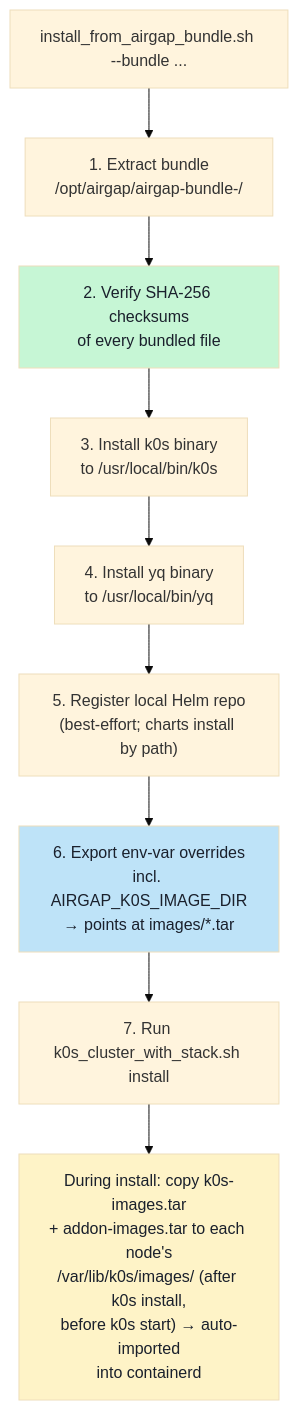
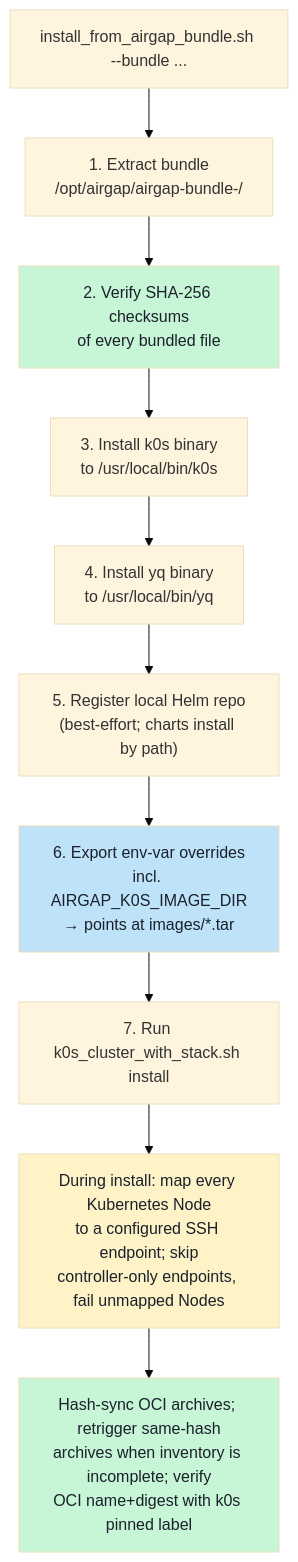
The eighth of 11 diagrams in tools/cluster_setup/DEPLOYMENT_GUIDE.md (splunk/splunk-ai-operator), drawn with Mermaid (base theme) before and after one commit. The commit also changed other lines of this file and 12 other files, not shown here.

````diff
--- a/tools/cluster_setup/DEPLOYMENT_GUIDE.md
+++ b/tools/cluster_setup/DEPLOYMENT_GUIDE.md
@@ -563,17 +592,19 @@
 ```mermaid
 flowchart TD
     A["install_from_airgap_bundle.sh --bundle ..."] --> B
 
     B["1. Extract bundle\n/opt/airgap/airgap-bundle-<date>/"]
     B --> C["2. Verify SHA-256 checksums\nof every bundled file"]
     C --> D["3. Install k0s binary\nto /usr/local/bin/k0s"]
     D --> E["4. Install yq binary\nto /usr/local/bin/yq"]
     E --> F["5. Register local Helm repo\n(best-effort; charts install by path)"]
     F --> G["6. Export env-var overrides\nincl. AIRGAP_K0S_IMAGE_DIR\n→ points at images/*.tar"]
     G --> H["7. Run k0s_cluster_with_stack.sh install"]
-    H --> I["During install: copy k0s-images.tar\n+ addon-images.tar to each node's\n/var/lib/k0s/images/ (after k0s install,\nbefore k0s start) → auto-imported\ninto containerd"]
+    H --> I["During install: map every Kubernetes Node\nto a configured SSH endpoint; skip\ncontroller-only endpoints, fail unmapped Nodes"]
+    I --> J["Hash-sync OCI archives; retrigger same-hash\narchives when inventory is incomplete; verify\nOCI name+digest with k0s pinned label"]
 
     style C fill:#c6f6d5,color:#1a202c
     style G fill:#bee3f8,color:#1a202c
     style I fill:#fef3c7,color:#1a202c
+    style J fill:#c6f6d5,color:#1a202c
 ```
````
